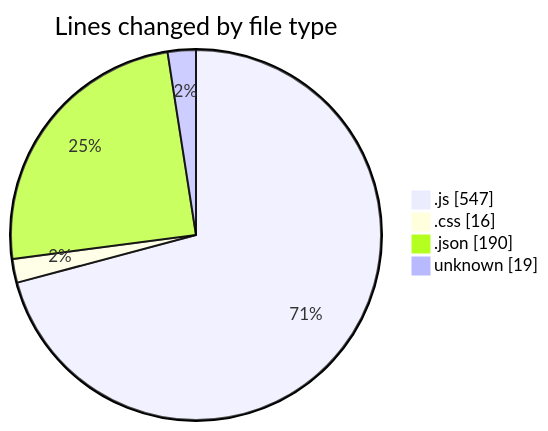
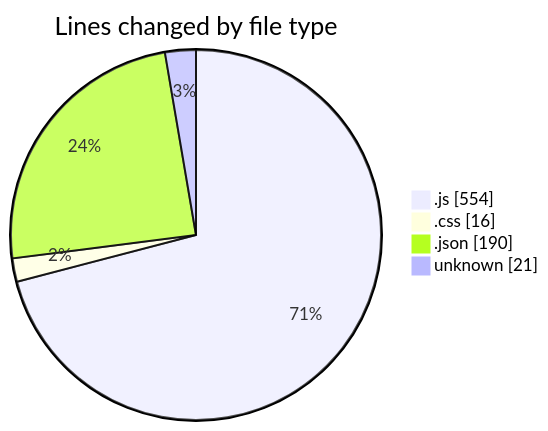
Before and after one commit to lephambinh05/code-tracking: the first of 2 diagrams in 2025-09-17/quytuthien_vn/README.md, drawn with Mermaid. The commit also changed other lines of this file and 1 other file, not shown here.

````diff
--- a/2025-09-17/quytuthien_vn/README.md
+++ b/2025-09-17/quytuthien_vn/README.md
@@ -43,8 +43,8 @@
 ```mermaid
 pie showData
 title Lines changed by file type
-".js" : 547
+".js" : 554
 ".css" : 16
 ".json" : 190
-"unknown" : 19
+"unknown" : 21
 ```
````
